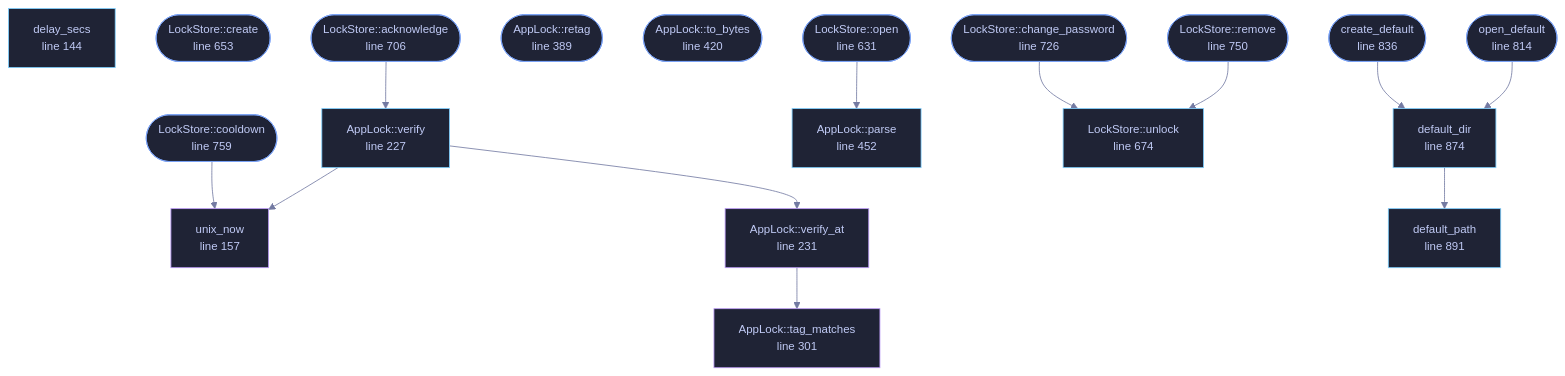
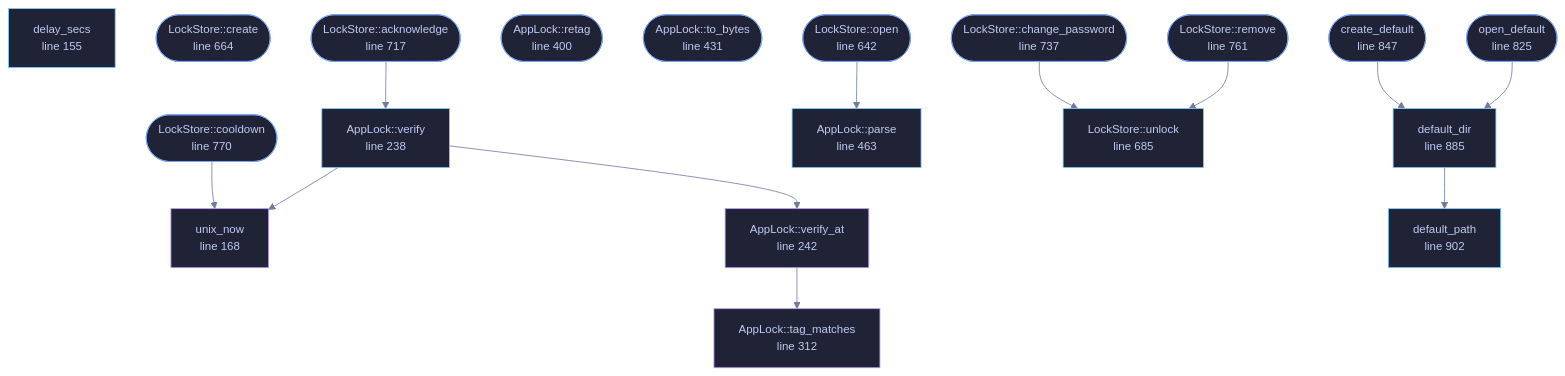
The diagram in docs/files/veilvoice-crypto/lock.md (tilas01/veilvoice), drawn with Mermaid before and after one commit. The commit also changed other lines of this file and 49 other files, not shown here.

````diff
--- a/docs/files/veilvoice-crypto/lock.md
+++ b/docs/files/veilvoice-crypto/lock.md
@@ -188,65 +199,65 @@
 ```mermaid
 %%{init: {"theme":"base","themeVariables":{"background":"#1a1b26","primaryColor":"#1f2335","primaryTextColor":"#c0caf5","primaryBorderColor":"#7aa2f7","secondaryColor":"#16161e","tertiaryColor":"#16161e","lineColor":"#737aa2","textColor":"#c0caf5","mainBkg":"#1f2335","nodeBorder":"#7aa2f7","clusterBkg":"#16161e","clusterBorder":"#2f3549","fontFamily":"ui-monospace, SFMono-Regular, Consolas, monospace","fontSize":"14px"}}}%%
 flowchart TD
-    n_delay_secs["delay_secs<br/>line 144"]
-    n_unix_now["unix_now<br/>line 157"]
-    n_create(["AppLock::create<br/>line 201"])
-    n_verify["AppLock::verify<br/>line 227"]
-    n_verify_at["AppLock::verify_at<br/>line 231"]
-    n_acknowledge(["AppLock::acknowledge<br/>line 289"])
-    n_tag_matches["AppLock::tag_matches<br/>line 301"]
-    n_cooldown(["AppLock::cooldown<br/>line 329"])
-    n_retag(["AppLock::retag<br/>line 389"])
-    n_to_bytes(["AppLock::to_bytes<br/>line 420"])
-    n_parse["AppLock::parse<br/>line 452"]
-    n_open(["LockStore::open<br/>line 631"])
-    n_create(["LockStore::create<br/>line 653"])
-    n_unlock["LockStore::unlock<br/>line 674"]
-    n_acknowledge(["LockStore::acknowledge<br/>line 706"])
-    n_change_password(["LockStore::change_password<br/>line 726"])
-    n_remove(["LockStore::remove<br/>line 750"])
-    n_cooldown(["LockStore::cooldown<br/>line 759"])
-    n_open_default(["open_default<br/>line 814"])
-    n_create_default(["create_default<br/>line 836"])
-    n_default_dir["default_dir<br/>line 874"]
-    n_default_path["default_path<br/>line 891"]
+    n_delay_secs["delay_secs<br/>line 155"]
+    n_unix_now["unix_now<br/>line 168"]
+    n_create(["AppLock::create<br/>line 212"])
+    n_verify["AppLock::verify<br/>line 238"]
+    n_verify_at["AppLock::verify_at<br/>line 242"]
+    n_acknowledge(["AppLock::acknowledge<br/>line 300"])
+    n_tag_matches["AppLock::tag_matches<br/>line 312"]
+    n_cooldown(["AppLock::cooldown<br/>line 340"])
+    n_retag(["AppLock::retag<br/>line 400"])
+    n_to_bytes(["AppLock::to_bytes<br/>line 431"])
+    n_parse["AppLock::parse<br/>line 463"]
+    n_open(["LockStore::open<br/>line 642"])
+    n_create(["LockStore::create<br/>line 664"])
+    n_unlock["LockStore::unlock<br/>line 685"]
+    n_acknowledge(["LockStore::acknowledge<br/>line 717"])
+    n_change_password(["LockStore::change_password<br/>line 737"])
+    n_remove(["LockStore::remove<br/>line 761"])
+    n_cooldown(["LockStore::cooldown<br/>line 770"])
+    n_open_default(["open_default<br/>line 825"])
+    n_create_default(["create_default<br/>line 847"])
+    n_default_dir["default_dir<br/>line 885"]
+    n_default_path["default_path<br/>line 902"]
     n_acknowledge --> n_verify
     n_change_password --> n_unlock
     n_cooldown --> n_unix_now
     n_create_default --> n_default_dir
     n_default_dir --> n_default_path
     n_open --> n_parse
     n_open_default --> n_default_dir
     n_remove --> n_unlock
     n_verify --> n_unix_now
     n_verify --> n_verify_at
     n_verify_at --> n_tag_matches
-    click n_delay_secs href "https://github.com/tilas01/veilvoice/blob/main/crates/veilvoice-crypto/src/lock.rs#L144" "open the source"
-    click n_unix_now href "https://github.com/tilas01/veilvoice/blob/main/crates/veilvoice-crypto/src/lock.rs#L157" "open the source"
-    click n_create href "https://github.com/tilas01/veilvoice/blob/main/crates/veilvoice-crypto/src/lock.rs#L201" "open the source"
-    click n_verify href "https://github.com/tilas01/veilvoice/blob/main/crates/veilvoice-crypto/src/lock.rs#L227" "open the source"
-    click n_verify_at href "https://github.com/tilas01/veilvoice/blob/main/crates/veilvoice-crypto/src/lock.rs#L231" "open the source"
-    click n_acknowledge href "https://github.com/tilas01/veilvoice/blob/main/crates/veilvoice-crypto/src/lock.rs#L289" "open the source"
-    click n_tag_matches href "https://github.com/tilas01/veilvoice/blob/main/crates/veilvoice-crypto/src/lock.rs#L301" "open the source"
-    click n_cooldown href "https://github.com/tilas01/veilvoice/blob/main/crates/veilvoice-crypto/src/lock.rs#L329" "open the source"
-    click n_retag href "https://github.com/tilas01/veilvoice/blob/main/crates/veilvoice-crypto/src/lock.rs#L389" "open the source"
-    click n_to_bytes href "https://github.com/tilas01/veilvoice/blob/main/crates/veilvoice-crypto/src/lock.rs#L420" "open the source"
-    click n_parse href "https://github.com/tilas01/veilvoice/blob/main/crates/veilvoice-crypto/src/lock.rs#L452" "open the source"
-    click n_open href "https://github.com/tilas01/veilvoice/blob/main/crates/veilvoice-crypto/src/lock.rs#L631" "open the source"
-    click n_create href "https://github.com/tilas01/veilvoice/blob/main/crates/veilvoice-crypto/src/lock.rs#L653" "open the source"
-    click n_unlock href "https://github.com/tilas01/veilvoice/blob/main/crates/veilvoice-crypto/src/lock.rs#L674" "open the source"
-    click n_acknowledge href "https://github.com/tilas01/veilvoice/blob/main/crates/veilvoice-crypto/src/lock.rs#L706" "open the source"
-    click n_change_password href "https://github.com/tilas01/veilvoice/blob/main/crates/veilvoice-crypto/src/lock.rs#L726" "open the source"
-    click n_remove href "https://github.com/tilas01/veilvoice/blob/main/crates/veilvoice-crypto/src/lock.rs#L750" "open the source"
-    click n_cooldown href "https://github.com/tilas01/veilvoice/blob/main/crates/veilvoice-crypto/src/lock.rs#L759" "open the source"
-    click n_open_default href "https://github.com/tilas01/veilvoice/blob/main/crates/veilvoice-crypto/src/lock.rs#L814" "open the source"
-    click n_create_default href "https://github.com/tilas01/veilvoice/blob/main/crates/veilvoice-crypto/src/lock.rs#L836" "open the source"
-    click n_default_dir href "https://github.com/tilas01/veilvoice/blob/main/crates/veilvoice-crypto/src/lock.rs#L874" "open the source"
-    click n_default_path href "https://github.com/tilas01/veilvoice/blob/main/crates/veilvoice-crypto/src/lock.rs#L891" "open the source"
+    click n_delay_secs href "https://github.com/tilas01/veilvoice/blob/main/crates/veilvoice-crypto/src/lock.rs#L155" "open the source"
+    click n_unix_now href "https://github.com/tilas01/veilvoice/blob/main/crates/veilvoice-crypto/src/lock.rs#L168" "open the source"
+    click n_create href "https://github.com/tilas01/veilvoice/blob/main/crates/veilvoice-crypto/src/lock.rs#L212" "open the source"
+    click n_verify href "https://github.com/tilas01/veilvoice/blob/main/crates/veilvoice-crypto/src/lock.rs#L238" "open the source"
+    click n_verify_at href "https://github.com/tilas01/veilvoice/blob/main/crates/veilvoice-crypto/src/lock.rs#L242" "open the source"
+    click n_acknowledge href "https://github.com/tilas01/veilvoice/blob/main/crates/veilvoice-crypto/src/lock.rs#L300" "open the source"
+    click n_tag_matches href "https://github.com/tilas01/veilvoice/blob/main/crates/veilvoice-crypto/src/lock.rs#L312" "open the source"
+    click n_cooldown href "https://github.com/tilas01/veilvoice/blob/main/crates/veilvoice-crypto/src/lock.rs#L340" "open the source"
+    click n_retag href "https://github.com/tilas01/veilvoice/blob/main/crates/veilvoice-crypto/src/lock.rs#L400" "open the source"
+    click n_to_bytes href "https://github.com/tilas01/veilvoice/blob/main/crates/veilvoice-crypto/src/lock.rs#L431" "open the source"
+    click n_parse href "https://github.com/tilas01/veilvoice/blob/main/crates/veilvoice-crypto/src/lock.rs#L463" "open the source"
+    click n_open href "https://github.com/tilas01/veilvoice/blob/main/crates/veilvoice-crypto/src/lock.rs#L642" "open the source"
+    click n_create href "https://github.com/tilas01/veilvoice/blob/main/crates/veilvoice-crypto/src/lock.rs#L664" "open the source"
+    click n_unlock href "https://github.com/tilas01/veilvoice/blob/main/crates/veilvoice-crypto/src/lock.rs#L685" "open the source"
+    click n_acknowledge href "https://github.com/tilas01/veilvoice/blob/main/crates/veilvoice-crypto/src/lock.rs#L717" "open the source"
+    click n_change_password href "https://github.com/tilas01/veilvoice/blob/main/crates/veilvoice-crypto/src/lock.rs#L737" "open the source"
+    click n_remove href "https://github.com/tilas01/veilvoice/blob/main/crates/veilvoice-crypto/src/lock.rs#L761" "open the source"
+    click n_cooldown href "https://github.com/tilas01/veilvoice/blob/main/crates/veilvoice-crypto/src/lock.rs#L770" "open the source"
+    click n_open_default href "https://github.com/tilas01/veilvoice/blob/main/crates/veilvoice-crypto/src/lock.rs#L825" "open the source"
+    click n_create_default href "https://github.com/tilas01/veilvoice/blob/main/crates/veilvoice-crypto/src/lock.rs#L847" "open the source"
+    click n_default_dir href "https://github.com/tilas01/veilvoice/blob/main/crates/veilvoice-crypto/src/lock.rs#L885" "open the source"
+    click n_default_path href "https://github.com/tilas01/veilvoice/blob/main/crates/veilvoice-crypto/src/lock.rs#L902" "open the source"
     classDef entry fill:#1f2335,stroke:#7aa2f7,color:#c0caf5
     class n_create,n_acknowledge,n_cooldown,n_retag,n_to_bytes,n_open,n_create,n_acknowledge,n_change_password,n_remove,n_cooldown,n_open_default,n_create_default entry
     classDef api fill:#1f2335,stroke:#7dcfff,color:#c0caf5
     class n_delay_secs,n_verify,n_parse,n_unlock,n_default_dir,n_default_path api
     classDef helper fill:#1f2335,stroke:#bb9af7,color:#c0caf5
     class n_unix_now,n_verify_at,n_tag_matches helper
 ```
````
